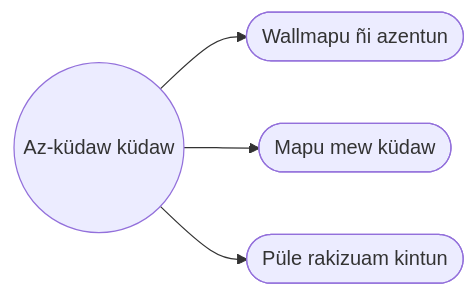
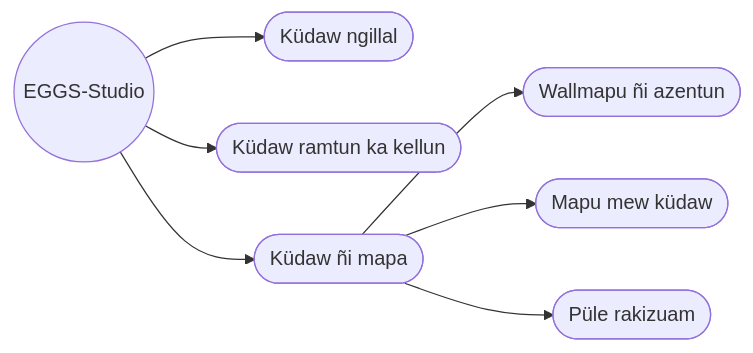
Before and after one commit to EGGS-Artesvisuales/EGGS-Artesvisuales.github.io: the diagram in MPD/index.md, drawn with Mermaid. The commit also changed other lines of this file, not shown here.

Commit message:
Simplifica portada MPD

```diff
--- a/MPD/index.md
+++ b/MPD/index.md
@@ -36,15 +61,21 @@
 <div class="mermaid">
 flowchart LR
-  principal(("Az-küdaw küdaw"))
-  representacion(["Wallmapu ñi azentun"])
-  accion(["Mapu mew küdaw"])
-  interior(["Püle rakizuam kintun"])
+  principal(("EGGS-Studio"))
+  tienda(["Küdaw ngillal"])
+  servicios(["Küdaw ramtun ka kellun"])
+  mapa(["Küdaw ñi mapa"])
 
-  principal --> representacion
-  principal --> accion
-  principal --> interior
+  principal --> tienda
+  principal --> servicios
+  principal --> mapa
 
+  mapa --> representacion(["Wallmapu ñi azentun"])
+  mapa --> accion(["Mapu mew küdaw"])
+  mapa --> interior(["Püle rakizuam"])
+
+  click tienda "/MPD/tienda.html#impresiones-y-fotografia" "Amun: küdaw ngillal"
+  click servicios "/MPD/servicios.html" "Amun: kellun"
   click representacion "/MPD/mundo-exterior.html" "Amun: Wallmapu ñi azentun"
   click accion "/MPD/accion.html" "Amun: Mapu mew küdaw"
   click interior "/MPD/interior.html" "Amun: Püle rakizuam"
 </div>
```
